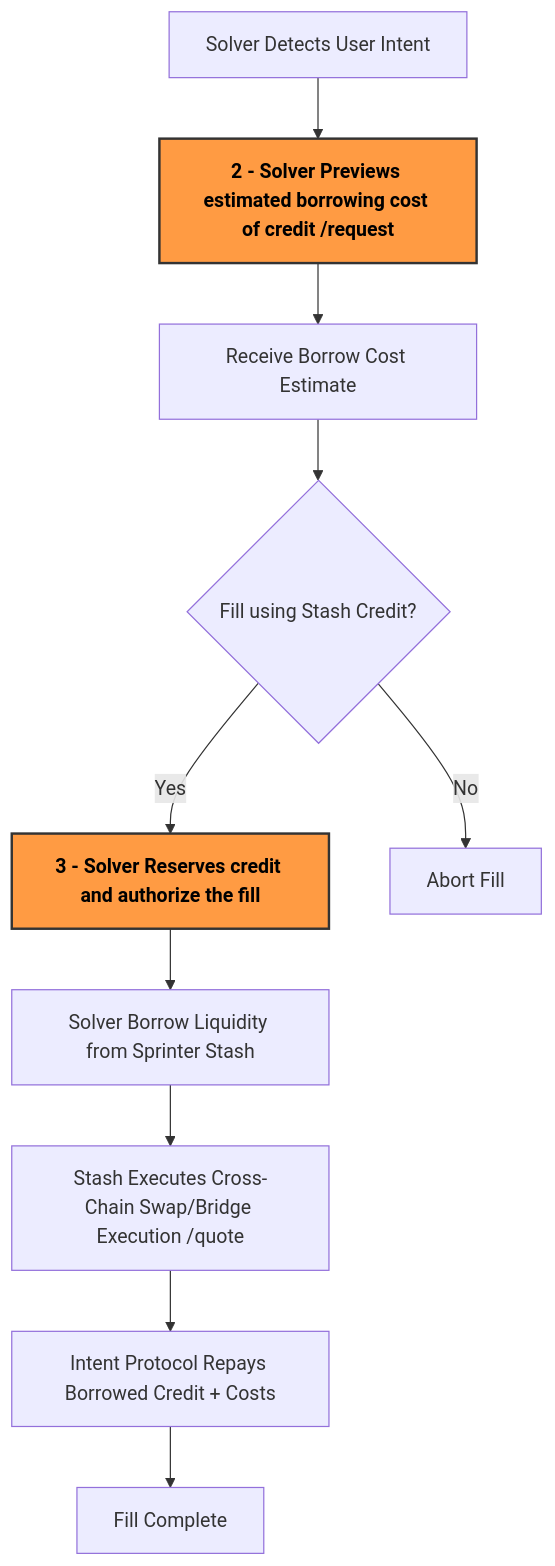
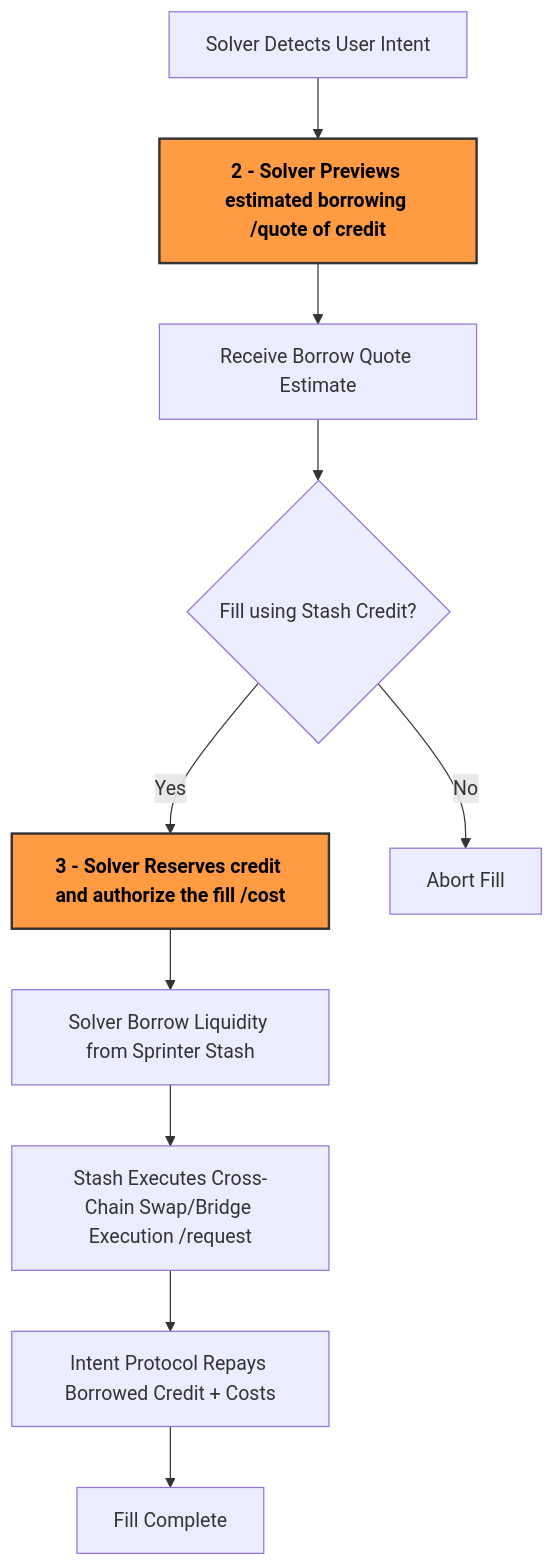
Before and after one commit to sprintertech/sprinter-sdk: the diagram in docs/docs/02-Stash/01-utilizing-stash.md, drawn with Mermaid. The commit also changed other lines of this file and 7 other files, not shown here.

````diff
--- a/docs/docs/02-Stash/01-utilizing-stash.md
+++ b/docs/docs/02-Stash/01-utilizing-stash.md
@@ -26,19 +26,19 @@
 ```mermaid
 flowchart TD
-  A[Solver Detects User Intent] --> B[2 - Solver Previews estimated borrowing cost of credit /request]
-  B --> C[Receive Borrow Cost Estimate]
+  A[Solver Detects User Intent] --> B[2 - Solver Previews estimated borrowing /quote of credit]
+  B --> C[Receive Borrow Quote Estimate]
   C --> D{Fill using Stash Credit?}
-  D -- Yes --> E[3 - Solver Reserves credit and authorize the fill]
+  D -- Yes --> E[3 - Solver Reserves credit and authorize the fill /cost]
   D -- No --> F[Abort Fill]
   E --> G[Solver Borrow Liquidity from Sprinter Stash]
-  G --> H[Stash Executes Cross-Chain Swap/Bridge Execution /quote]
+  G --> H[Stash Executes Cross-Chain Swap/Bridge Execution /request]
   H --> I[Intent Protocol Repays Borrowed Credit + Costs]
   I --> J[Fill Complete]
 
 click B "use-stash#2-request-a-borrow-cost-estimate-optional" "Borrow Cost"
 style B fill:#FF9B43,stroke:#333,stroke-width:2px,color:#000,font-weight:bold
 
 click E "use-stash#3-request-a-final-borrow-quote" "Borrow Quote"
 style E fill:#FF9B43,stroke:#333,stroke-width:2px,color:#000,font-weight:bold
 
 ```
````
